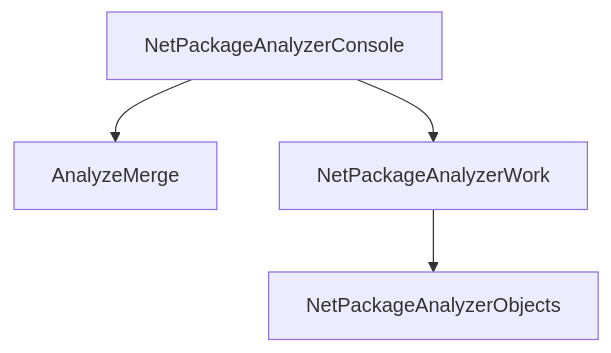
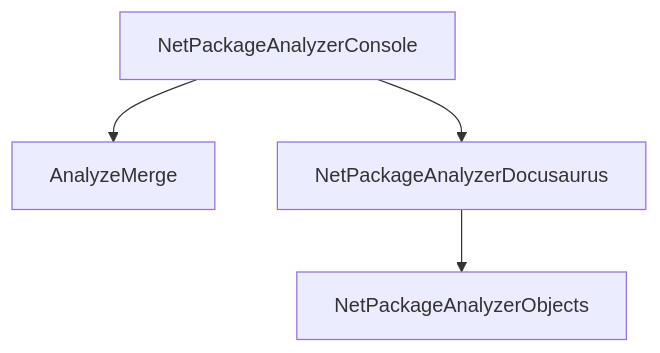
Before and after one commit to ignatandrei/PackageAnalyzer: the second of 2 diagrams in src/documentation/docs/Analysis/NetPackageAnalyzer/ProjectRelation.md, drawn with Mermaid. The commit also changed other lines of this file and 172 other files, not shown here.

````diff
--- a/src/documentation/docs/Analysis/NetPackageAnalyzer/ProjectRelation.md
+++ b/src/documentation/docs/Analysis/NetPackageAnalyzer/ProjectRelation.md
@@ -25,31 +25,31 @@
 ```mermaid
 graph TB
 
 
 
 
 %% start project reference AnalyzeMerge/AnalyzeMerge.csproj
 
 
 
 %% start project reference NetPackageAnalyzerConsole/NetPackageAnalyzerConsole.csproj
 
 
 NetPackageAnalyzerConsole-->AnalyzeMerge
 
 
-NetPackageAnalyzerConsole-->NetPackageAnalyzerWork
+NetPackageAnalyzerConsole-->NetPackageAnalyzerDocusaurus
+
+
+
+%% start project reference NetPackageAnalyzerWork/NetPackageAnalyzerDocusaurus.csproj
+
+
+NetPackageAnalyzerDocusaurus-->NetPackageAnalyzerObjects
 
 
 
 %% start project reference NetPackageAnalyzerObjects/NetPackageAnalyzerObjects.csproj
 
 
-
-%% start project reference NetPackageAnalyzerWork/NetPackageAnalyzerWork.csproj
-
-
-NetPackageAnalyzerWork-->NetPackageAnalyzerObjects
-
-
 ```
````
